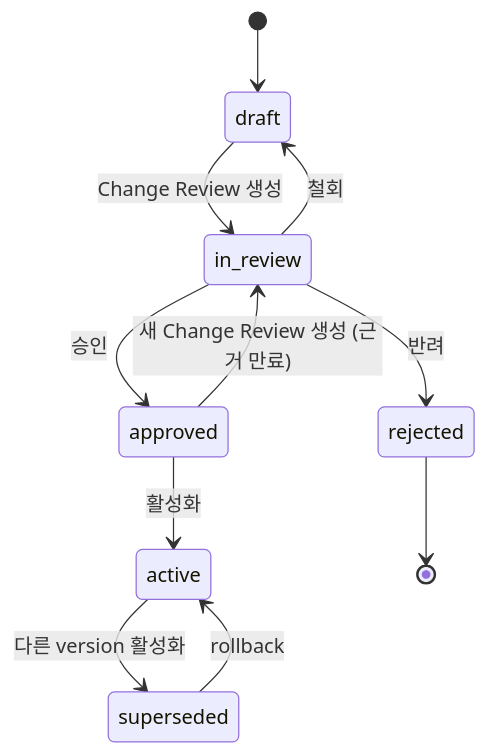
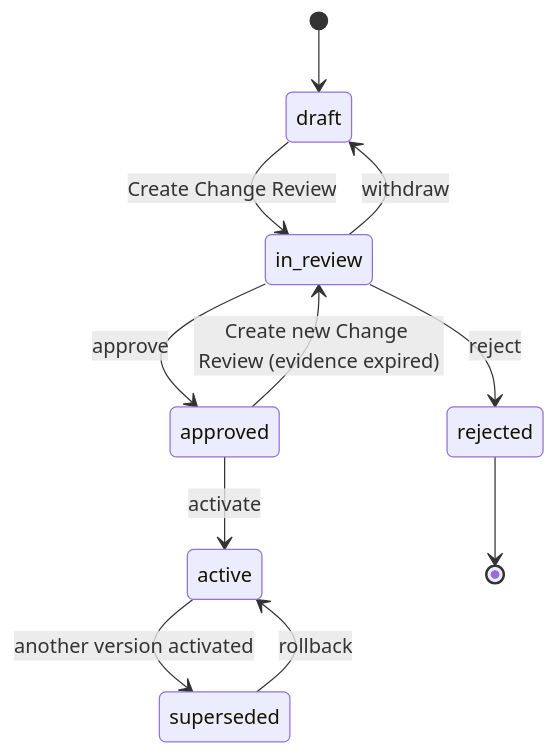
The third of 6 diagrams in docs/design.md (hsskey/authority-diff), drawn with Mermaid before and after one commit. The commit also changed other lines of this file and 35 other files, not shown here.

````diff
--- a/docs/design.md
+++ b/docs/design.md
@@ -959,13 +960,13 @@
 ```mermaid
 stateDiagram-v2
     [*] --> draft
-    draft --> in_review: Change Review 생성
-    in_review --> draft: 철회
-    in_review --> approved: 승인
-    in_review --> rejected: 반려
-    approved --> in_review: 새 Change Review 생성 (근거 만료)
-    approved --> active: 활성화
-    active --> superseded: 다른 version 활성화
+    draft --> in_review: Create Change Review
+    in_review --> draft: withdraw
+    in_review --> approved: approve
+    in_review --> rejected: reject
+    approved --> in_review: Create new Change Review (evidence expired)
+    approved --> active: activate
+    active --> superseded: another version activated
     superseded --> active: rollback
     rejected --> [*]
 ```
````
